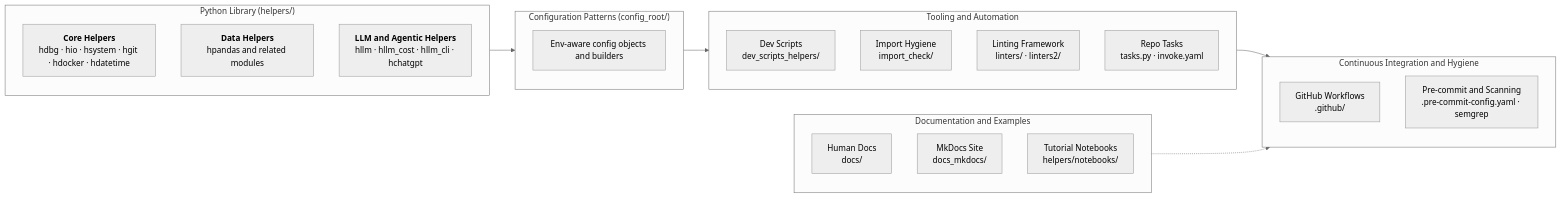
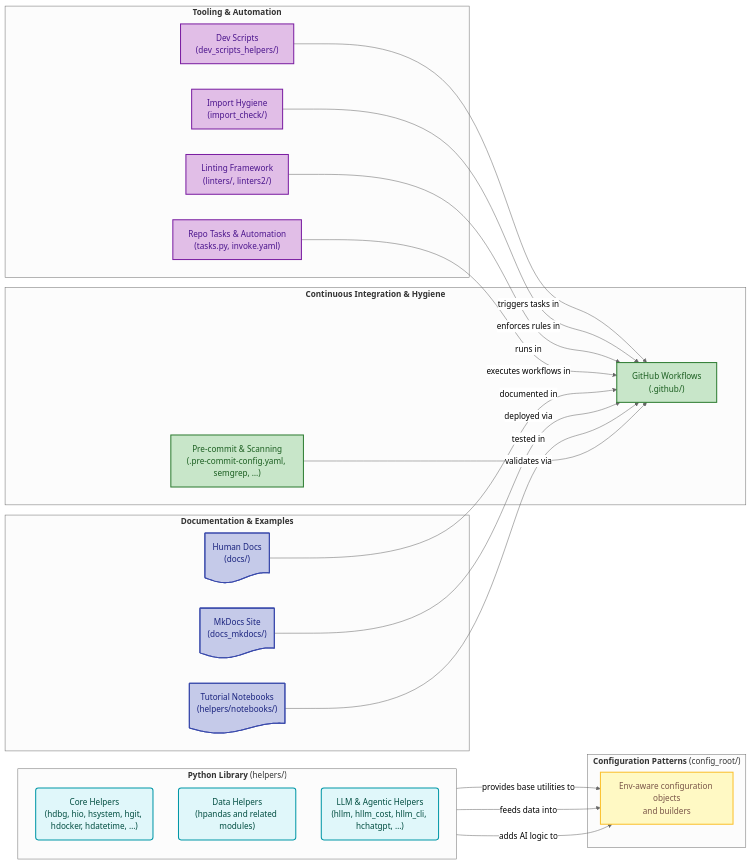
The diagram in README.md (causify-ai/helpers), drawn with Mermaid (neutral theme) before and after one commit.

Commit message:
Csfy8708_Fix_readme_of_csfy_and_helpers_repo (#1182)
* Csfy8708 Fix readme of csfy and helpers repo

* Change

* Change

---------

`````diff
--- a/README.md
+++ b/README.md
@@ -18,51 +18,70 @@
 ```mermaid
 flowchart LR
-  subgraph Lib["Python Library (helpers/)"]
+ subgraph Lib["`**Python Library** (helpers/)`"]
     direction TB
-    Core["`**Core Helpers**
-    hdbg · hio · hsystem · hgit · hdocker · hdatetime`"]
-    Data["`**Data Helpers**
-    hpandas and related modules`"]
-    LLM["`**LLM and Agentic Helpers**
-    hllm · hllm_cost · hllm_cli · hchatgpt`"]
+        Core["Core Helpers<br>(hdbg, hio, hsystem, hgit, hdocker, hdatetime, …)"]
+        Data["Data Helpers<br>(hpandas and related modules)"]
+        LLM["LLM & Agentic Helpers<br>(hllm, hllm_cost, hllm_cli, hchatgpt, …)"]
   end
+ subgraph Config["`**Configuration Patterns** (config_root/)`"]
+        Conf["Env-aware configuration objects<br>and builders"]
+  end
+ subgraph Tooling["`**Tooling & Automation**`"]
+        Scripts@{ label: "Dev Scripts<br/>(dev_scripts_helpers/)" }
+        Import@{ label: "Import Hygiene<br/>(import_check/)" }
+        Linters@{ label: "Linting Framework<br/>(linters/, linters2/)" }
+        Tasks@{ label: "Repo Tasks & Automation<br/>(tasks.py, invoke.yaml)" }
+  end
+ subgraph Docs["`**Documentation & Examples**`"]
+        Human@{ label: "Human Docs<br/>(docs/)" }
+        Mk@{ label: "MkDocs Site<br/>(docs_mkdocs/)" }
+        NB@{ label: "Tutorial Notebooks<br/>(helpers/notebooks/)" }
+  end
+ subgraph CI["`**Continuous Integration & Hygiene**`"]
+        GH@{ label: "GitHub Workflows<br/>(.github/)" }
+        PC@{ label: "Pre-commit & Scanning<br/>(.pre-commit-config.yaml, semgrep, …)" }
+  end
+    Core -- provides base utilities to --> Conf
+    Data -- feeds data into --> Conf
+    LLM -- adds AI logic to --> Conf
+    Scripts -- triggers tasks in --> GH
+    Import -- enforces rules in --> GH
+    Linters -- runs in --> GH
+    Tasks -- executes workflows in --> GH
+    Human -- documented in --> GH
+    Mk -- deployed via --> GH
+    NB -- tested in --> GH
+    PC -- validates via --> GH
 
-  subgraph Config["Configuration Patterns (config_root/)"]
-    Conf["`Env-aware config objects and builders`"]
-  end
-
-  subgraph Tooling["Tooling and Automation"]
-    direction TB
-    Scripts["`Dev Scripts
-    dev_scripts_helpers/`"]
-    Import["`Import Hygiene
-    import_check/`"]
-    Linters["`Linting Framework
-    linters/ · linters2/`"]
-    Tasks["`Repo Tasks
-    tasks.py · invoke.yaml`"]
-  end
-
-  subgraph Docs["Documentation and Examples"]
-    direction TB
-    Human["`Human Docs
-    docs/`"]
-    Mk["`MkDocs Site
-    docs_mkdocs/`"]
-    NB["`Tutorial Notebooks
-    helpers/notebooks/`"]
-  end
-
-  subgraph CI["Continuous Integration and Hygiene"]
-    direction TB
-    GH["`GitHub Workflows
-    .github/`"]
-    PC["`Pre-commit and Scanning
-    .pre-commit-config.yaml · semgrep`"]
-  end
-
-  Lib --> Config
-  Config --> Tooling
-  Tooling --> CI
-  Docs -.-> CI
-```
+    Core@{ shape: rounded}
+    Data@{ shape: rounded}
+    LLM@{ shape: rounded}
+    Conf@{ shape: rect}
+    Scripts@{ shape: rect}
+    Import@{ shape: rect}
+    Linters@{ shape: rect}
+    Tasks@{ shape: rect}
+    Human@{ shape: doc}
+    Mk@{ shape: doc}
+    NB@{ shape: doc}
+    GH@{ shape: rect}
+    PC@{ shape: rect}
+     Core:::lib
+     Data:::lib
+     LLM:::lib
+     Conf:::config
+     Scripts:::tooling
+     Import:::tooling
+     Linters:::tooling
+     Tasks:::tooling
+     Human:::docs
+     Mk:::docs
+     NB:::docs
+     GH:::ci
+     PC:::ci
+    classDef lib fill:#e0f7fa,stroke:#0097a7,stroke-width:2px,color:#004d40
+    classDef config fill:#fff9c4,stroke:#fbc02d,stroke-width:2px,color:#795548
+    classDef tooling fill:#e1bee7,stroke:#7b1fa2,stroke-width:2px,color:#4a148c
+    classDef docs fill:#c5cae9,stroke:#3949ab,stroke-width:2px,color:#1a237e
+    classDef ci fill:#c8e6c9,stroke:#2e7d32,stroke-width:2px,color:#1b5e20
+````
`````
